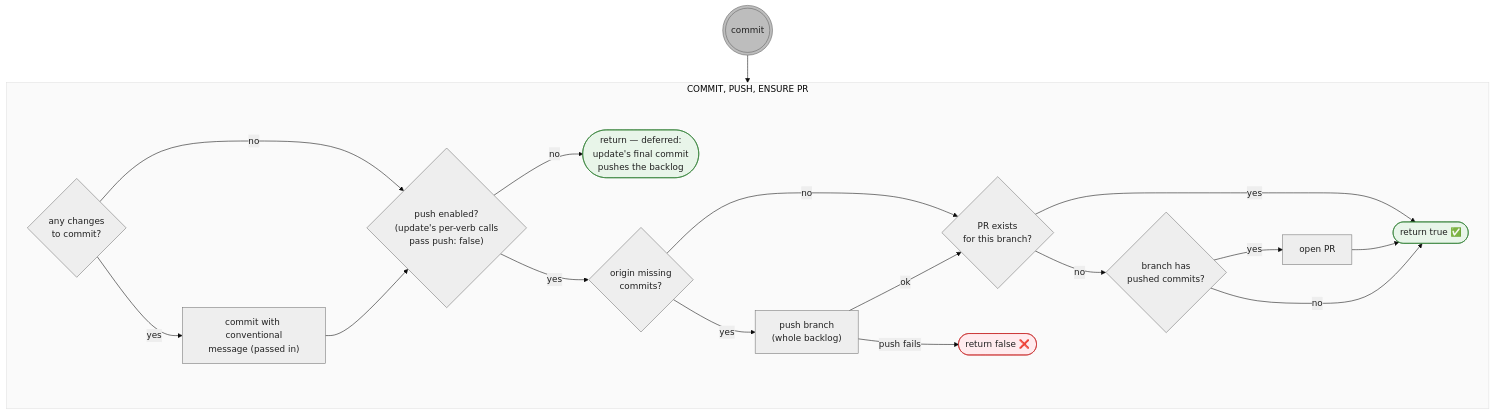
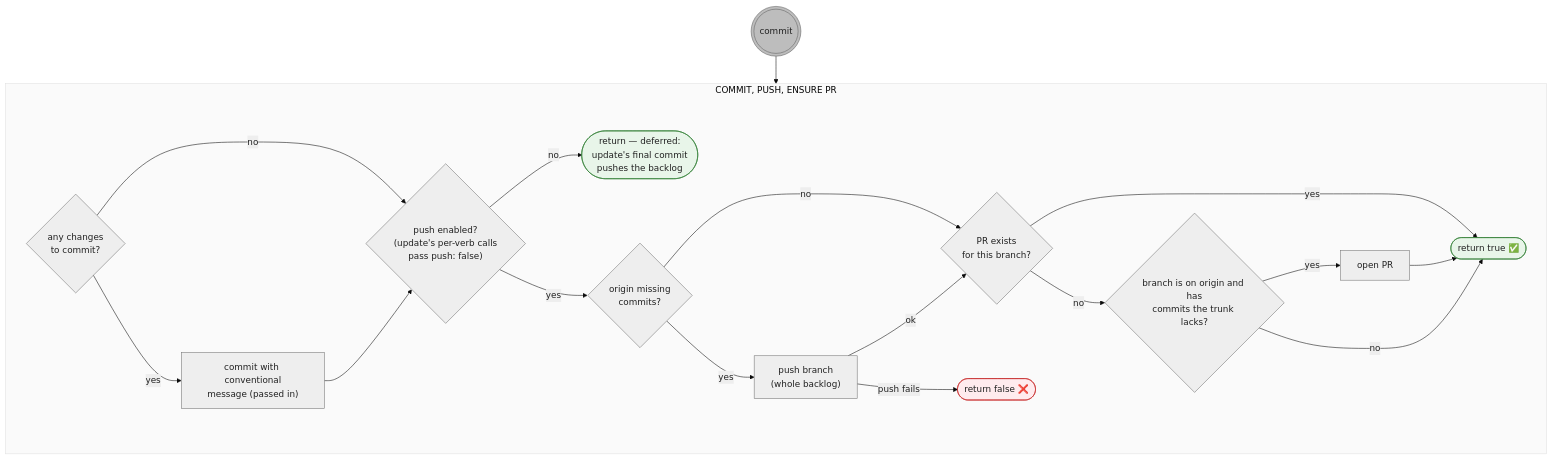
Before and after one commit to timschoch/skilly: the diagram in docs/commit.mmd, drawn with Mermaid. The commit also changed 3 other files, not shown here.

```diff
--- a/docs/commit.mmd
+++ b/docs/commit.mmd
@@ -1,56 +1,56 @@
 ---
 config:
   theme: base
   themeVariables:
     primaryColor: "#eeeeee"
     primaryBorderColor: "#757575"
     primaryTextColor: "#212121"
     clusterBkg: "#fafafa"
     clusterBorder: "#e0e0e0"
 ---
 flowchart TD
     %% shapes: ((( ))) entry point · [/ \] user action (blue) · [ ] script action (gray) · { } decision (amber) · ([ ]) state (green)
 
     ENTER-CM((("commit"))) --> CM
     subgraph CM["COMMIT, PUSH, ENSURE PR"]
         CMQ1{"any changes<br>to commit?"}
             CMQ1 -->|no| CMQ-PUSH
             CMQ1 -->|yes| CM-COMMIT
 
         CM-COMMIT["commit with conventional<br>message (passed in)"] --> CMQ-PUSH
 
         CMQ-PUSH{"push enabled?<br>(update's per-verb calls<br>pass push: false)"}
             CMQ-PUSH -->|no| CM-DEFER(["return — deferred:<br>update's final commit<br>pushes the backlog"])
             CMQ-PUSH -->|yes| CMQ-AHEAD
 
         CMQ-AHEAD{"origin missing<br>commits?"}
             CMQ-AHEAD -->|no| CMQ2
             CMQ-AHEAD -->|yes| CM-PUSH
 
         CM-PUSH["push branch<br>(whole backlog)"]
             CM-PUSH -->|ok| CMQ2
             CM-PUSH -->|push fails| CM-FALSE
 
             CMQ2{"PR exists<br>for this branch?"}
                 CMQ2 -->|yes| CM-TRUE
                 CMQ2 -->|no| CMQ3
 
-            CMQ3{"branch has<br>pushed commits?"}
+            CMQ3{"branch is on origin and has<br>commits the trunk lacks?"}
                 CMQ3 -->|yes| CM-OPEN["open PR"] --> CM-TRUE
                 CMQ3 -->|no| CM-TRUE
 
         CM-TRUE(["return true ✅"])
         CM-FALSE(["return false ❌"])
     end
 
 
     %% all checks are script checks -> default gray, not amber
 
     classDef entry fill:#bdbdbd,stroke:#616161
     class ENTER-CM entry
 
     classDef ok fill:#e8f5e9,stroke:#2e7d32
     class CM-TRUE,CM-DEFER ok
 
     classDef fail fill:#ffebee,stroke:#c62828
     class CM-FALSE fail
```
